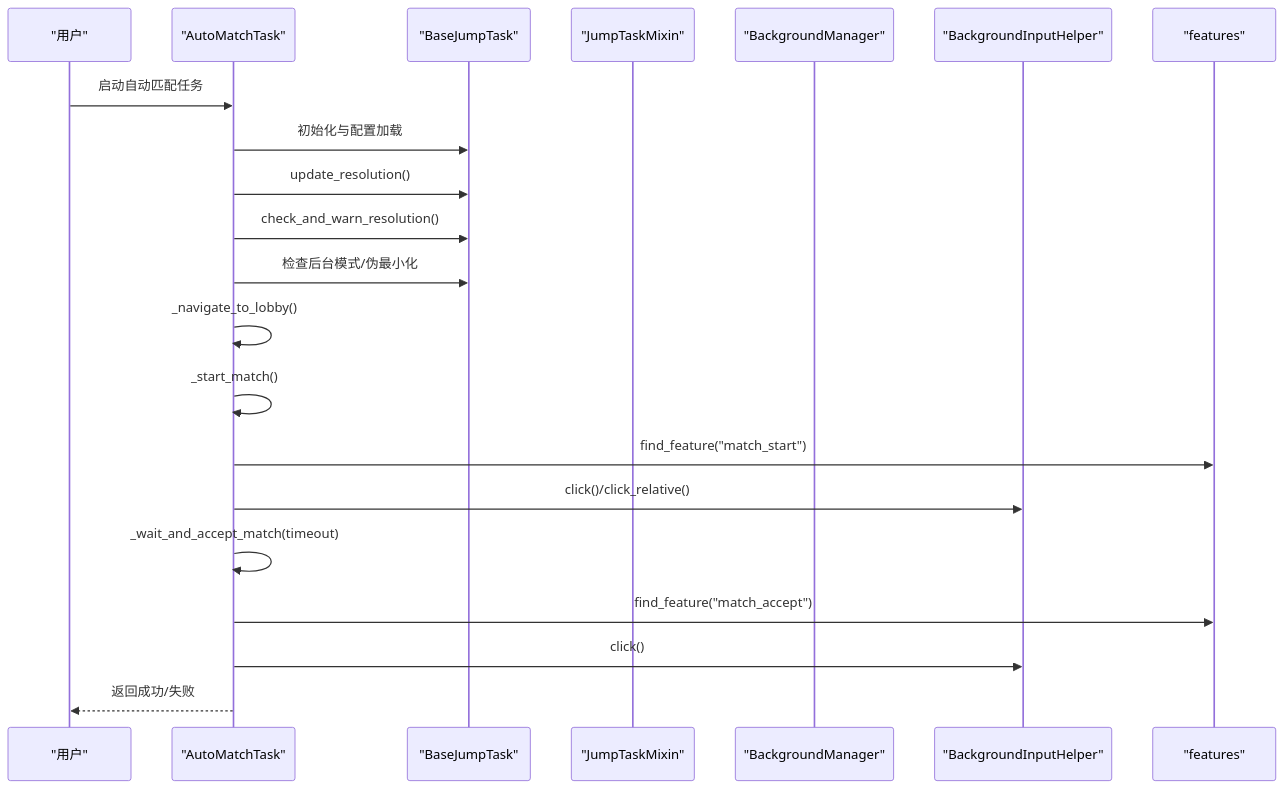
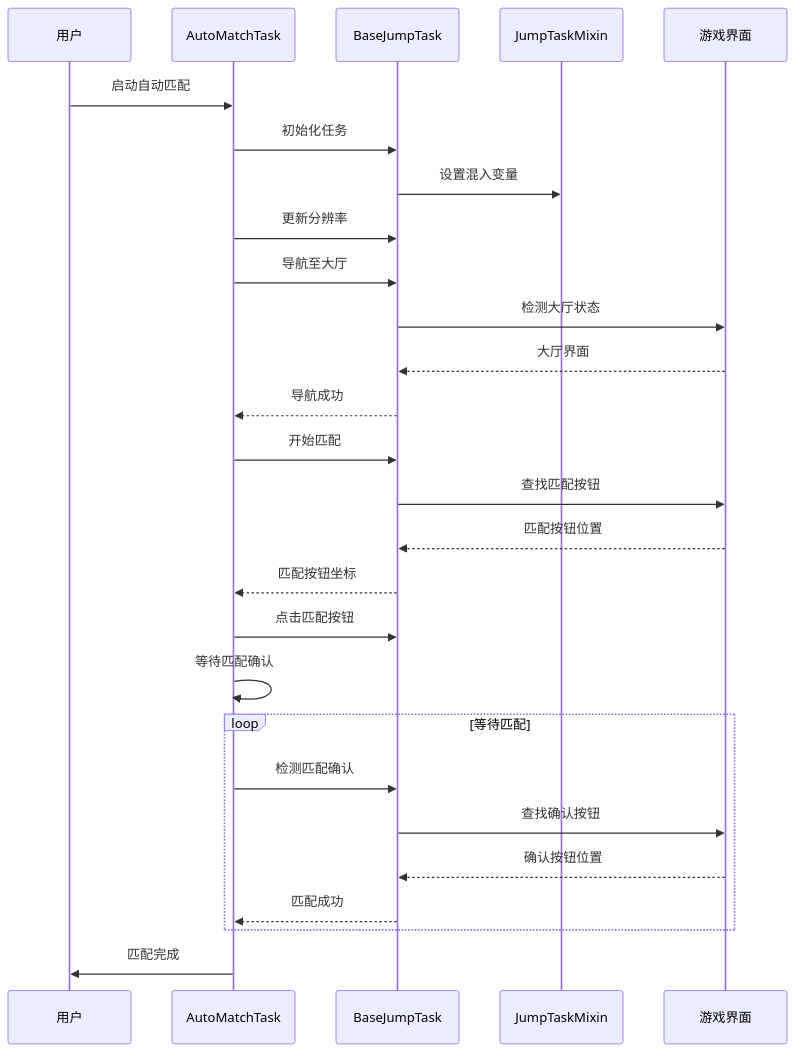
Before and after one commit to xsy098-max/ok-jump: the second of 7 diagrams in .qoder/repowiki/zh/content/任务系统/自动匹配任务.md, drawn with Mermaid. The commit also changed other lines of this file and 216 other files, not shown here.

````diff
--- a/.qoder/repowiki/zh/content/任务系统/自动匹配任务.md
+++ b/.qoder/repowiki/zh/content/任务系统/自动匹配任务.md
@@ -130,23 +119,29 @@
 ```mermaid
 sequenceDiagram
-participant U as "用户"
-participant AMT as "AutoMatchTask"
-participant BJT as "BaseJumpTask"
-participant MIX as "JumpTaskMixin"
-participant BM as "BackgroundManager"
-participant BIH as "BackgroundInputHelper"
-participant F as "features"
-U->>AMT : 启动自动匹配任务
-AMT->>BJT : 初始化与配置加载
-AMT->>BJT : update_resolution()
-AMT->>BJT : check_and_warn_resolution()
-AMT->>BJT : 检查后台模式/伪最小化
-AMT->>AMT : _navigate_to_lobby()
-AMT->>AMT : _start_match()
-AMT->>F : find_feature("match_start")
-AMT->>BIH : click()/click_relative()
-AMT->>AMT : _wait_and_accept_match(timeout)
-AMT->>F : find_feature("match_accept")
-AMT->>BIH : click()
-AMT-->>U : 返回成功/失败
+participant User as 用户
+participant AMT as AutoMatchTask
+participant BJT as BaseJumpTask
+participant MIX as JumpTaskMixin
+participant Game as 游戏界面
+User->>AMT : 启动自动匹配
+AMT->>BJT : 初始化任务
+BJT->>MIX : 设置混入变量
+AMT->>BJT : 更新分辨率
+AMT->>BJT : 导航至大厅
+BJT->>Game : 检测大厅状态
+Game-->>BJT : 大厅界面
+BJT-->>AMT : 导航成功
+AMT->>BJT : 开始匹配
+BJT->>Game : 查找匹配按钮
+Game-->>BJT : 匹配按钮位置
+BJT-->>AMT : 匹配按钮坐标
+AMT->>BJT : 点击匹配按钮
+AMT->>AMT : 等待匹配确认
+loop 等待匹配
+AMT->>BJT : 检测匹配确认
+BJT->>Game : 查找确认按钮
+Game-->>BJT : 确认按钮位置
+BJT-->>AMT : 匹配成功
+end
+AMT->>User : 匹配完成
 ```
````
